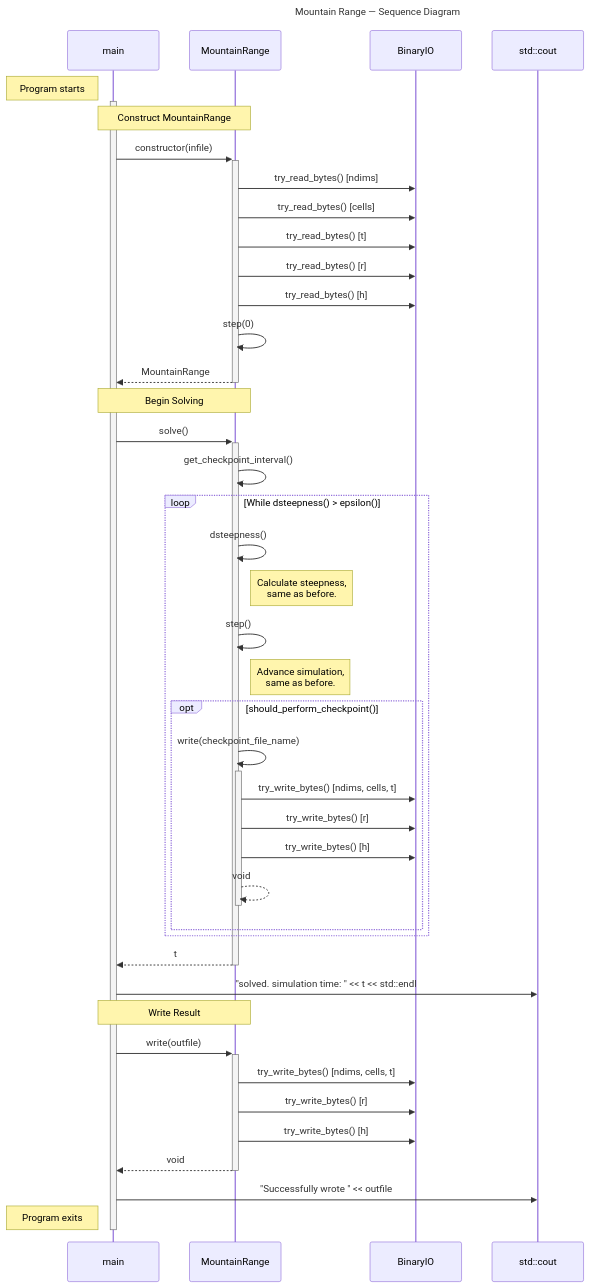
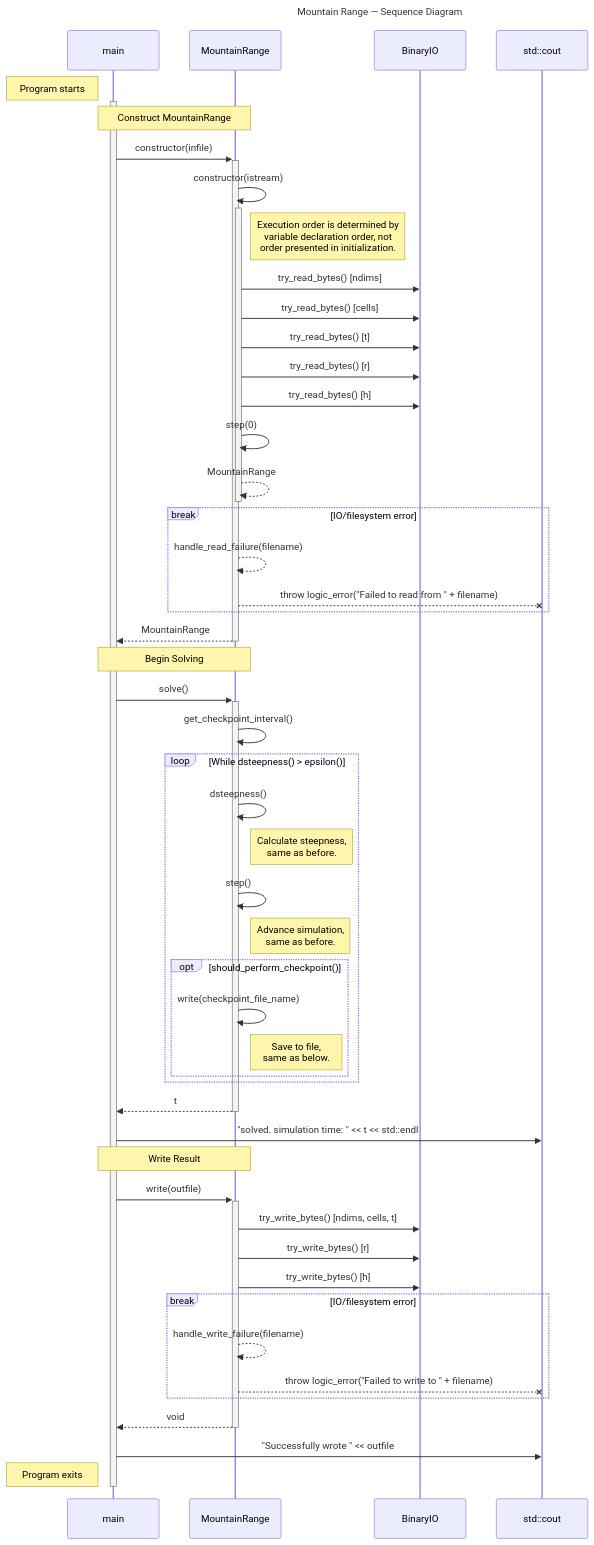
One commit to BYUHPC/sci-comp-course-example-cxx changed the diagram in docs/MountainRange-sequence-diagram.md. Above: the diagram before and after it, drawn with Mermaid.

Commit message:
Improve MountainRange SD...
- Show calls to protected constructors
- Highlight error handling process
- Remove duplication of write() method
- Add comment about initializer execution order

```diff
--- a/docs/MountainRange-sequence-diagram.md
+++ b/docs/MountainRange-sequence-diagram.md
@@ -36,16 +36,29 @@
 
 %% Initialize MountainRange
 note over main,MR: Construct MountainRange
+main->>+MR: constructor(infile)
 
-main->>+MR: constructor(infile)
-    %% Read from external file
-    MR->>BIO: try_read_bytes() [ndims]
-    MR->>BIO: try_read_bytes() [cells]
-    MR->>BIO: try_read_bytes() [t]
-    MR->>BIO: try_read_bytes() [r]
-    MR->>BIO: try_read_bytes() [h]
+    %% Call protected instructor
+    MR->>+MR: constructor(istream)
+        %% Read from external file
+        note right of MR: Execution order is determined by<br> variable declaration order, not <br> order presented in initialization.
+        MR->>BIO: try_read_bytes() [ndims]
+        MR->>BIO: try_read_bytes() [cells]
+        MR->>BIO: try_read_bytes() [t]
+        MR->>BIO: try_read_bytes() [r]
+        MR->>BIO: try_read_bytes() [h]
 
-    MR->>MR: step(0)
+        MR->>MR: step(0)
+    MR-->>-MR: MountainRange
+    %% End protected constructor
+
+    %% Gracefully report errors
+    break IO/filesystem error
+        MR-->>MR: handle_read_failure(filename)
+        MR--xcout: throw logic_error("Failed to read from " + filename)
+    end
+    %% End error handling
+
 MR-->>-main: MountainRange
 %% End construct MountainRange
 
@@ -70,11 +83,8 @@
         %% Optionally checkpoint
         opt should_perform_checkpoint()
             %% Write the current MountainRange state to a file
-            MR->>+MR: write(checkpoint_file_name)
-                MR->>BIO: try_write_bytes() [ndims, cells, t]
-                MR->>BIO: try_write_bytes() [r]
-                MR->>BIO: try_write_bytes() [h]
-            MR-->>-MR: void
+            MR->>MR: write(checkpoint_file_name)
+            note right of MR: Save to file, <br> same as below.
         end
         %% End checkpoint
 
@@ -97,6 +107,13 @@
     MR->>BIO: try_write_bytes() [ndims, cells, t]
     MR->>BIO: try_write_bytes() [r]
     MR->>BIO: try_write_bytes() [h]
+
+    %% Gracefully report errors
+    break IO/filesystem error
+        MR-->>MR: handle_write_failure(filename)
+        MR--xcout: throw logic_error("Failed to write to " + filename)
+    end
+    %% End error handling
 MR-->>-main: void
 main->>cout: "Successfully wrote " << outfile
 %% End write
```
